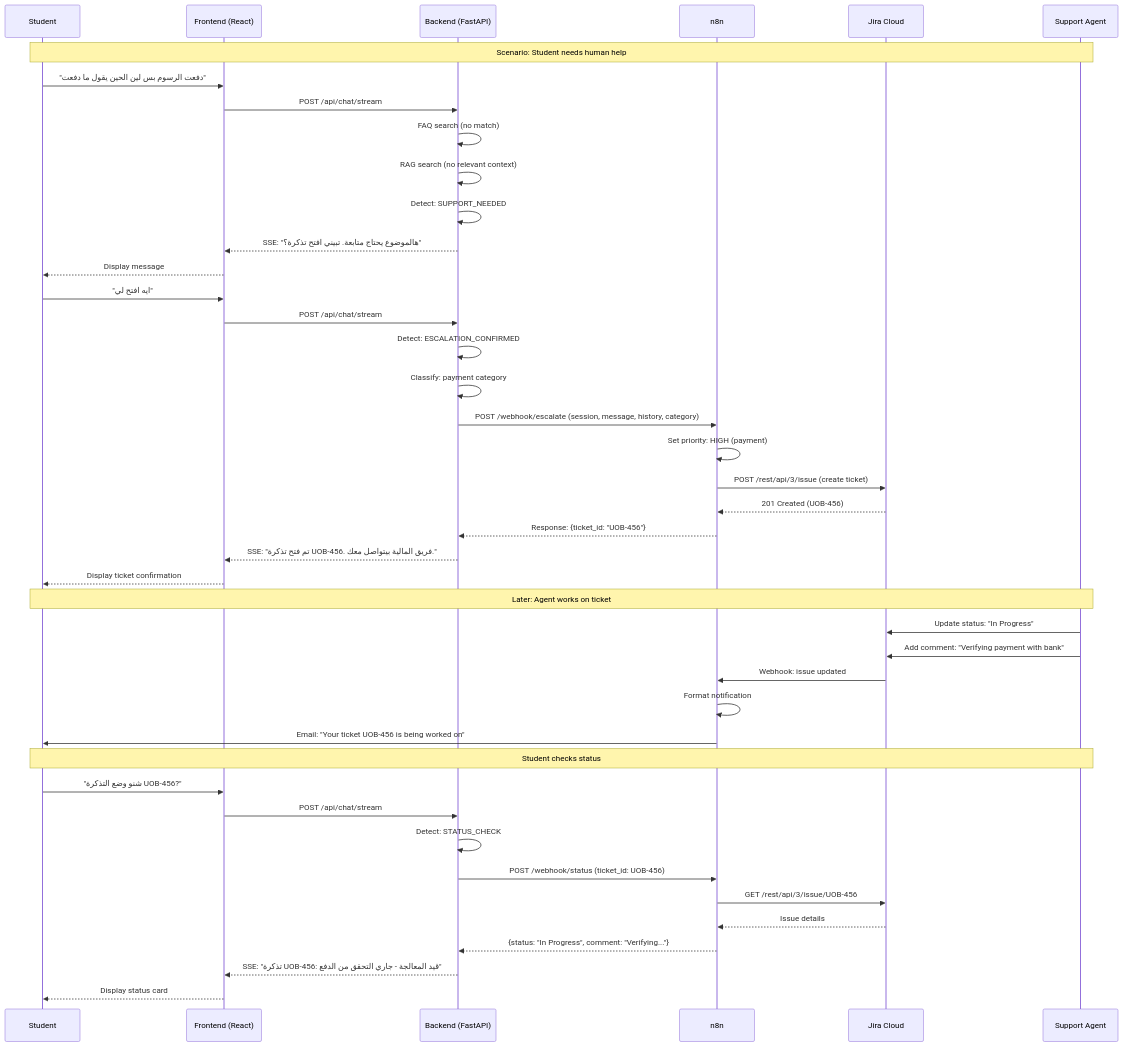
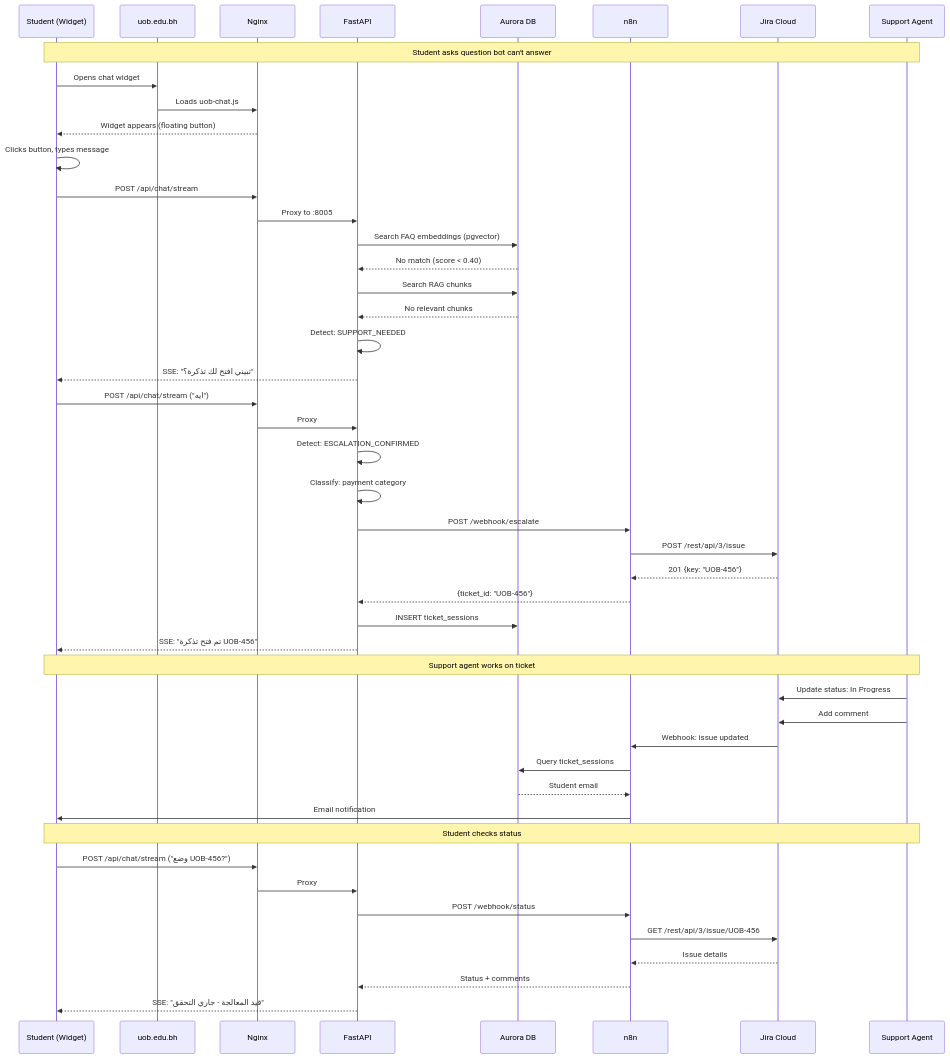
The ninth of 12 diagrams in ARCHITECTURE.md (xAbdullaShaker/Jira-AI), drawn with Mermaid before and after one commit. The commit also changed other lines of this file and 1 other file, not shown here.

First line of the commit message:
Enhance plan: widget on uob.edu.bh, Aurora PostgreSQL, reframe Jira as secondary

````diff
--- a/ARCHITECTURE.md
+++ b/ARCHITECTURE.md
@@ -119,51 +230,59 @@
 ```mermaid
 sequenceDiagram
-    participant S as Student
-    participant F as Frontend (React)
-    participant B as Backend (FastAPI)
-    participant N as n8n
+    participant S as Student (Widget)
+    participant W as uob.edu.bh
+    participant N as Nginx
+    participant F as FastAPI
+    participant A as Aurora DB
+    participant n as n8n
     participant J as Jira Cloud
-    participant A as Support Agent
+    participant T as Support Agent
 
-    Note over S,A: Scenario: Student needs human help
+    Note over S,T: Student asks question bot can't answer
+
+    S->>W: Opens chat widget
+    W->>N: Loads uob-chat.js
+    N-->>S: Widget appears (floating button)
+    S->>S: Clicks button, types message
     
-    S->>F: "دفعت الرسوم بس لين الحين يقول ما دفعت"
-    F->>B: POST /api/chat/stream
-    B->>B: FAQ search (no match)
-    B->>B: RAG search (no relevant context)
-    B->>B: Detect: SUPPORT_NEEDED
-    B-->>F: SSE: "هالموضوع يحتاج متابعة. تبيني افتح تذكرة؟"
-    F-->>S: Display message
+    S->>N: POST /api/chat/stream
+    N->>F: Proxy to :8005
+    F->>A: Search FAQ embeddings (pgvector)
+    A-->>F: No match (score < 0.40)
+    F->>A: Search RAG chunks
+    A-->>F: No relevant chunks
+    F->>F: Detect: SUPPORT_NEEDED
+    F-->>S: SSE: "تبيني افتح لك تذكرة؟"
+
+    S->>N: POST /api/chat/stream ("ايه")
+    N->>F: Proxy
+    F->>F: Detect: ESCALATION_CONFIRMED
+    F->>F: Classify: payment category
     
-    S->>F: "ايه افتح لي"
-    F->>B: POST /api/chat/stream
-    B->>B: Detect: ESCALATION_CONFIRMED
-    B->>B: Classify: payment category
-    B->>N: POST /webhook/escalate (session, message, history, category)
-    N->>N: Set priority: HIGH (payment)
-    N->>J: POST /rest/api/3/issue (create ticket)
-    J-->>N: 201 Created (UOB-456)
-    N-->>B: Response: {ticket_id: "UOB-456"}
-    B-->>F: SSE: "تم فتح تذكرة UOB-456. فريق المالية بيتواصل معك."
-    F-->>S: Display ticket confirmation
+    F->>n: POST /webhook/escalate
+    n->>J: POST /rest/api/3/issue
+    J-->>n: 201 {key: "UOB-456"}
+    n-->>F: {ticket_id: "UOB-456"}
+    
+    F->>A: INSERT ticket_sessions
+    F-->>S: SSE: "تم فتح تذكرة UOB-456"
 
-    Note over S,A: Later: Agent works on ticket
-    
-    A->>J: Update status: "In Progress"
-    A->>J: Add comment: "Verifying payment with bank"
-    J->>N: Webhook: issue updated
-    N->>N: Format notification
-    N->>S: Email: "Your ticket UOB-456 is being worked on"
+    Note over S,T: Support agent works on ticket
 
-    Note over S,A: Student checks status
-    
-    S->>F: "شنو وضع التذكرة UOB-456?"
-    F->>B: POST /api/chat/stream
-    B->>B: Detect: STATUS_CHECK
-    B->>N: POST /webhook/status (ticket_id: UOB-456)
-    N->>J: GET /rest/api/3/issue/UOB-456
-    J-->>N: Issue details
-    N-->>B: {status: "In Progress", comment: "Verifying..."}
-    B-->>F: SSE: "تذكرة UOB-456: قيد المعالجة - جاري التحقق من الدفع"
-    F-->>S: Display status card
+    T->>J: Update status: In Progress
+    T->>J: Add comment
+    J->>n: Webhook: issue updated
+    n->>A: Query ticket_sessions
+    A-->>n: Student email
+    n->>S: Email notification
+
+    Note over S,T: Student checks status
+
+    S->>N: POST /api/chat/stream ("وضع UOB-456?")
+    N->>F: Proxy
+    F->>n: POST /webhook/status
+    n->>J: GET /rest/api/3/issue/UOB-456
+    J-->>n: Issue details
+    n-->>F: Status + comments
+    F-->>S: SSE: "قيد المعالجة - جاري التحقق"
 ```
````
